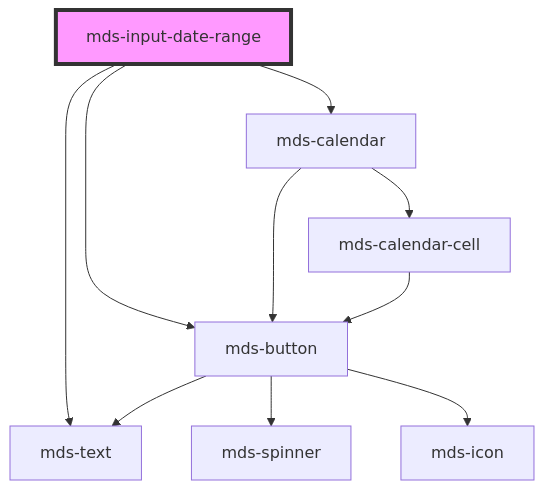
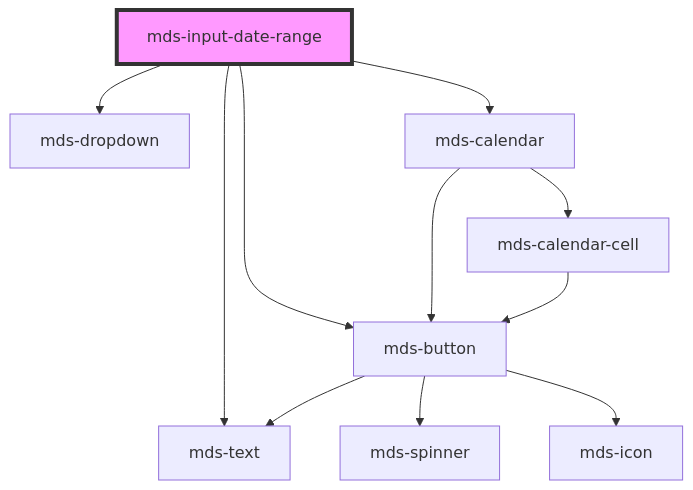
Before and after one commit to magma-design-system/magma: the diagram in projects/stencil/src/components/mds-input-date-range/readme.md, drawn with Mermaid. The commit also changed other lines of this file and 8 other files, not shown here.

Commit message:
feat: mds-dropdown added to input-date and input-date-range

````diff
--- a/projects/stencil/src/components/mds-input-date-range/readme.md
+++ b/projects/stencil/src/components/mds-input-date-range/readme.md
@@ -25,13 +26,14 @@
 ```mermaid
 graph TD;
   mds-input-date-range --> mds-text
   mds-input-date-range --> mds-button
+  mds-input-date-range --> mds-dropdown
   mds-input-date-range --> mds-calendar
   mds-button --> mds-spinner
   mds-button --> mds-icon
   mds-button --> mds-text
   mds-calendar --> mds-button
   mds-calendar --> mds-calendar-cell
   mds-calendar-cell --> mds-button
   style mds-input-date-range fill:#f9f,stroke:#333,stroke-width:4px
 ```
````
